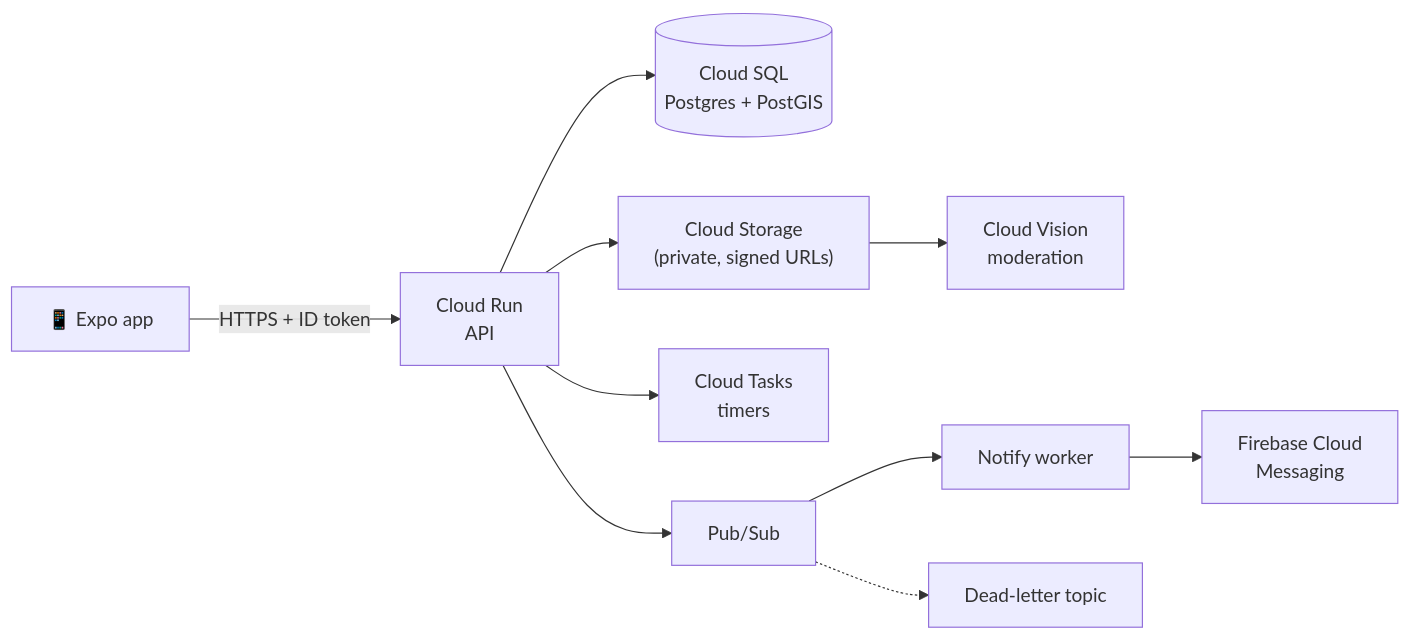
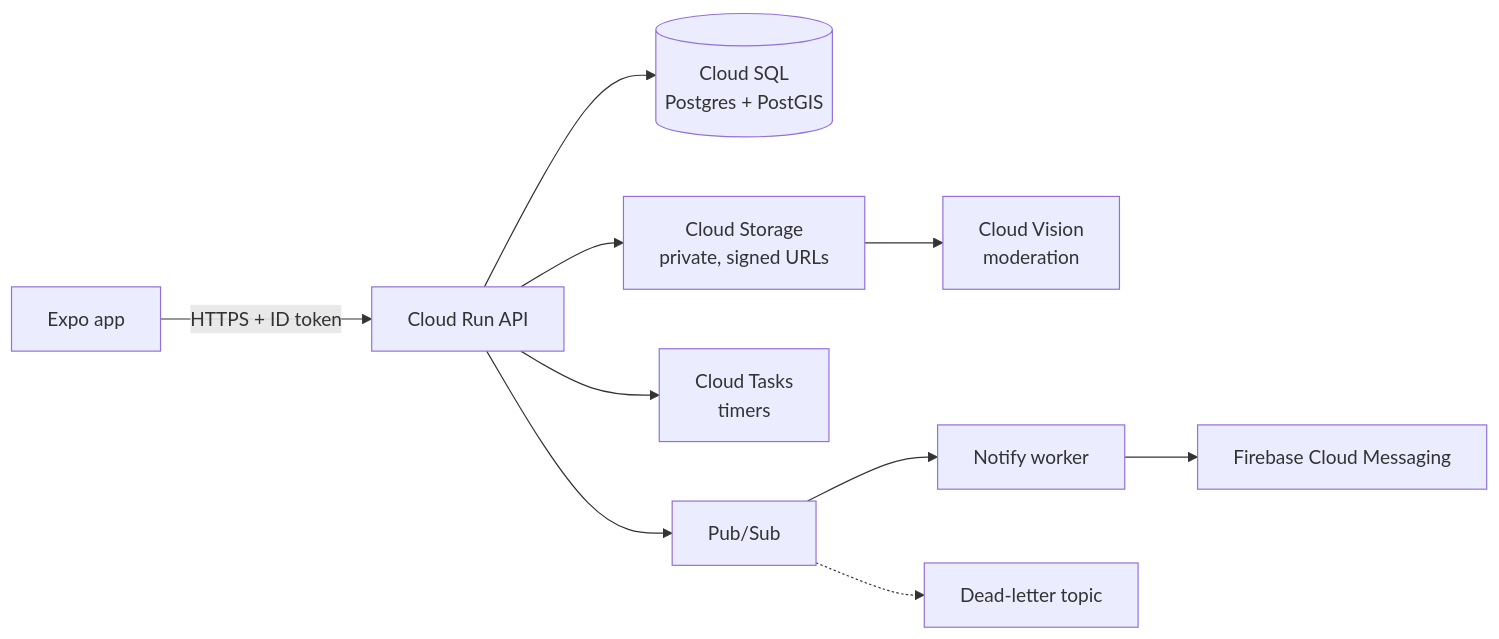
One commit to Habadnan/Habadnan changed the diagram in README.md. Above: the diagram before and after it, drawn with Mermaid. The commit also changed other lines of this file, not shown here.

````diff
--- a/README.md
+++ b/README.md
@@ -21,11 +15,11 @@
 ```mermaid
 flowchart LR
-    App["📱 Expo app"] -->|"HTTPS + ID token"| API["Cloud Run<br/>API"]
+    App["Expo app"] -->|"HTTPS + ID token"| API["Cloud Run API"]
     API --> SQL[("Cloud SQL<br/>Postgres + PostGIS")]
-    API --> GCS["Cloud Storage<br/>(private, signed URLs)"]
+    API --> GCS["Cloud Storage<br/>private, signed URLs"]
     GCS --> Vision["Cloud Vision<br/>moderation"]
     API --> Tasks["Cloud Tasks<br/>timers"]
     API --> PS["Pub/Sub"]
-    PS --> Worker["Notify worker"] --> FCM["Firebase Cloud<br/>Messaging"]
+    PS --> Worker["Notify worker"] --> FCM["Firebase Cloud Messaging"]
     PS -.-> DLQ["Dead-letter topic"]
 ```
````
